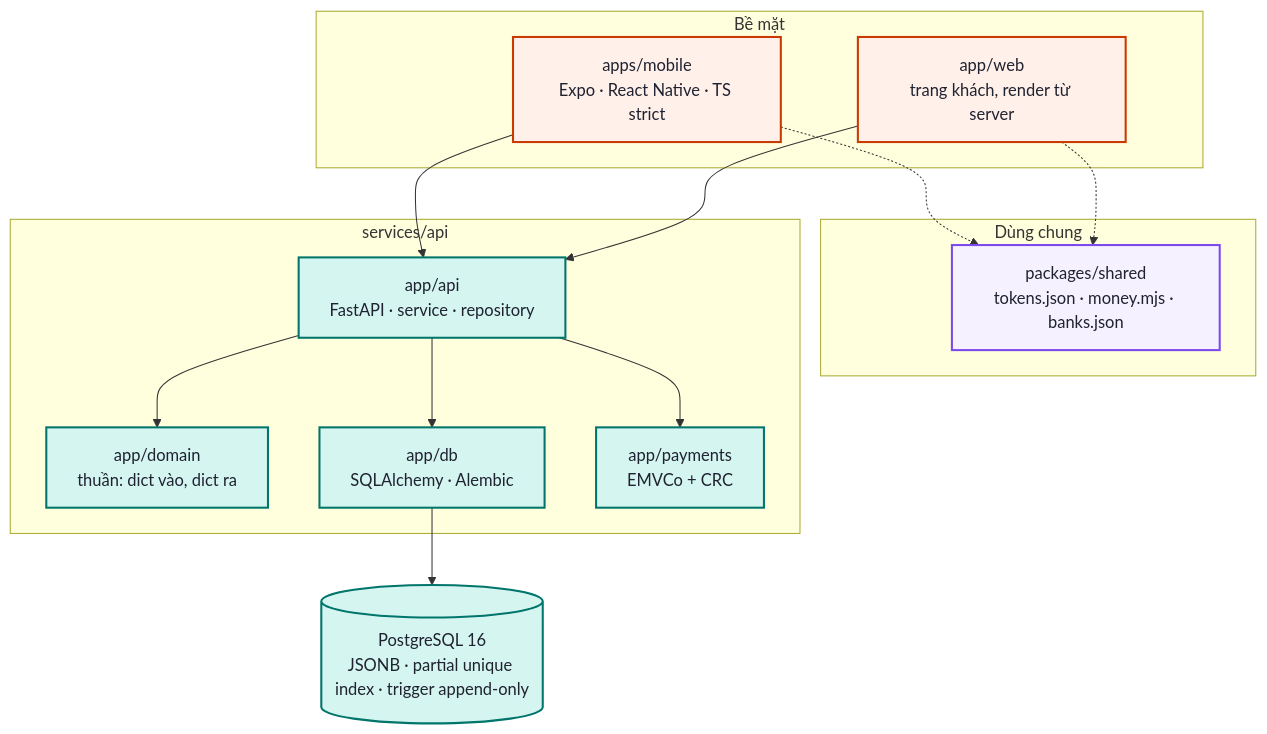
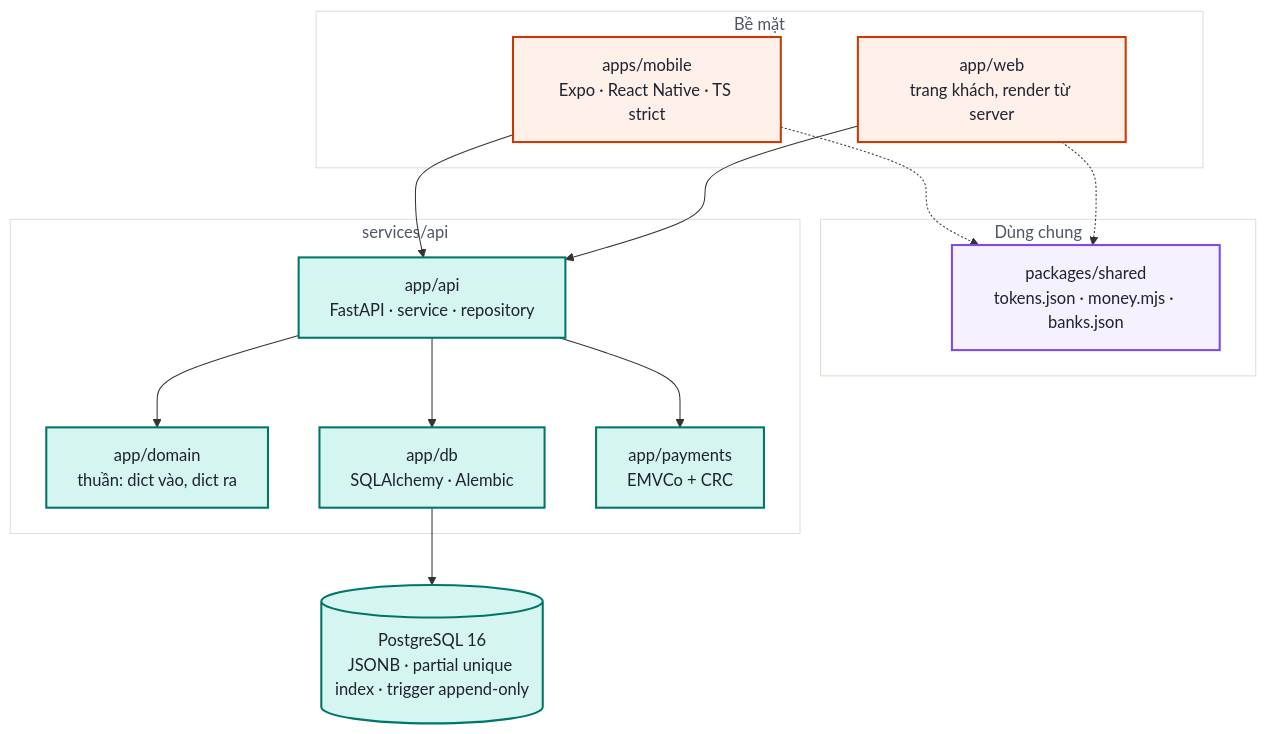
Before and after one commit to chuoibo/mobile: the third of 3 diagrams in README.md, drawn with Mermaid. The commit also changed other lines of this file and 4 other files, not shown here.

````diff
--- a/README.md
+++ b/README.md
@@ -171,33 +219,36 @@
 ```mermaid
 flowchart TB
     subgraph BM["Bề mặt"]
         M["apps/mobile<br/>Expo · React Native · TS strict"]
         W["app/web<br/>trang khách, render từ server"]
     end
     subgraph SH["Dùng chung"]
         P["packages/shared<br/>tokens.json · money.mjs · banks.json"]
     end
     subgraph BE["services/api"]
         A["app/api<br/>FastAPI · service · repository"]
         DOM["app/domain<br/>thuần: dict vào, dict ra"]
         DB["app/db<br/>SQLAlchemy · Alembic"]
         PAY["app/payments<br/>EMVCo + CRC"]
     end
     PG[("PostgreSQL 16<br/>JSONB · partial unique index · trigger append-only")]
 
     M --> A
     W --> A
     M -.-> P
     W -.-> P
     A --> DOM
     A --> DB
     A --> PAY
     DB --> PG
 
     classDef brand fill:#fff0ea,stroke:#c93900,stroke-width:2px,color:#1f2230
     classDef ai fill:#f5f1ff,stroke:#7d49ef,stroke-width:2px,color:#1f2230
     classDef money fill:#d5f5f0,stroke:#00756b,stroke-width:2px,color:#1f2230
     class M,W brand
     class P ai
     class A,DOM,DB,PAY,PG money
+    style BM fill:#ffffff,stroke:#e7dace,color:#4e5563
+    style SH fill:#ffffff,stroke:#e7dace,color:#4e5563
+    style BE fill:#ffffff,stroke:#e7dace,color:#4e5563
 ```
````
